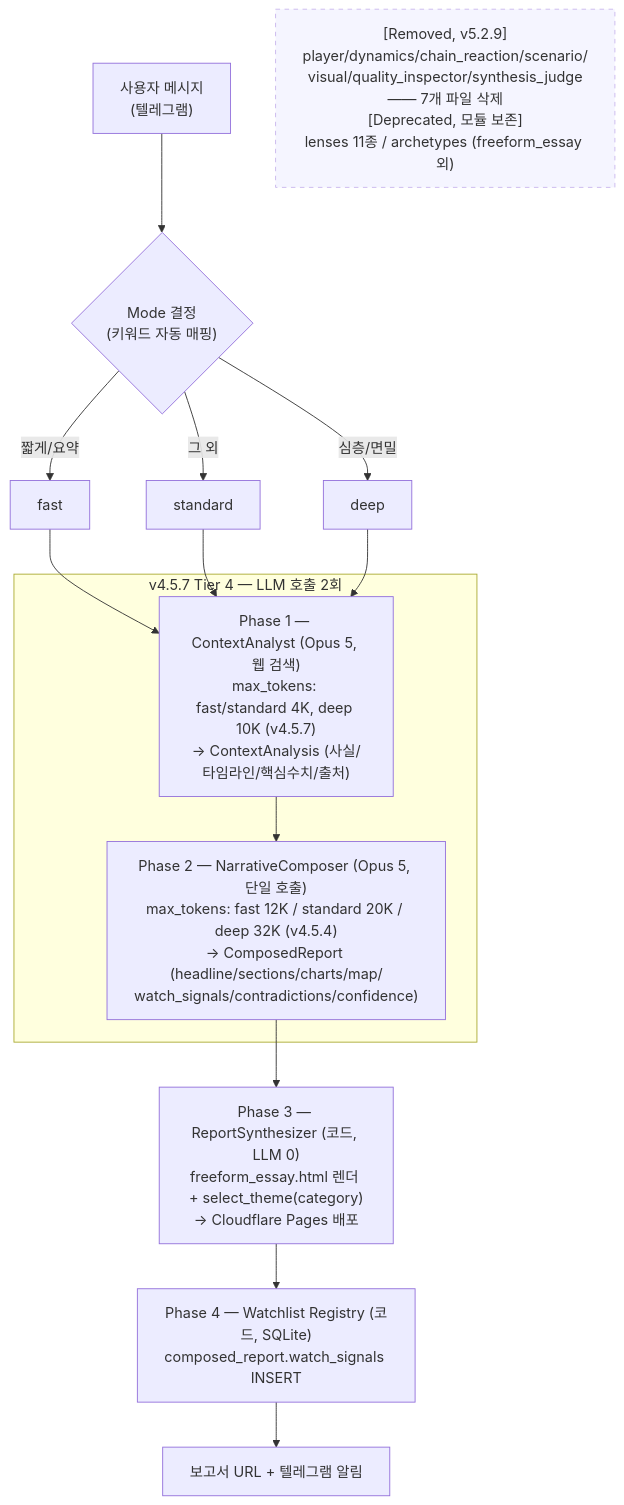
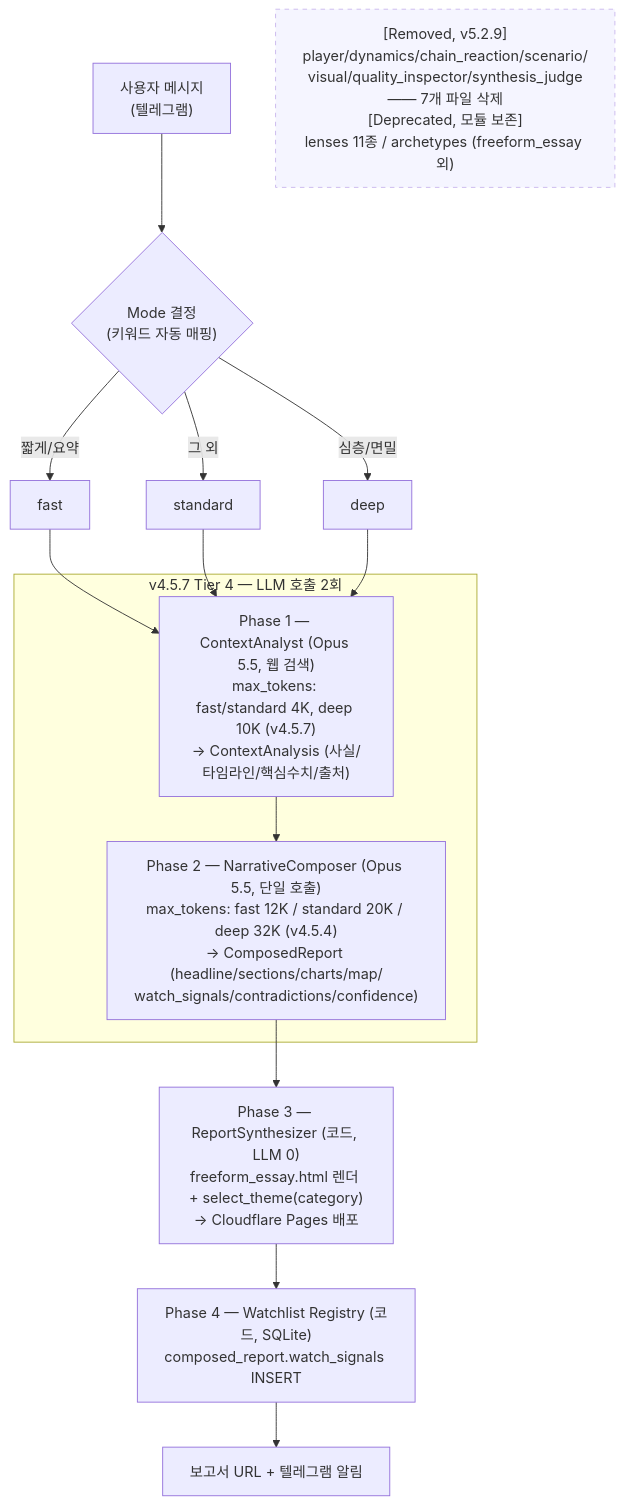
Before and after one commit to doroper98/agents_reviewer: the first of 7 diagrams in docs/ARCHITECTURE.md, drawn with Mermaid. The commit also changed other lines of this file and 15 other files, not shown here.

````diff
--- a/docs/ARCHITECTURE.md
+++ b/docs/ARCHITECTURE.md
@@ -34,24 +34,24 @@
 ```mermaid
 flowchart TD
     U["사용자 메시지<br/>(텔레그램)"] --> M{"Mode 결정<br/>(키워드 자동 매핑)"}
     M -->|"짧게/요약"| FAST["fast"]
     M -->|"심층/면밀"| DEEP["deep"]
     M -->|"그 외"| STD["standard"]
 
     FAST --> P1
     STD --> P1
     DEEP --> P1
 
     subgraph PIPELINE ["v4.5.7 Tier 4 — LLM 호출 2회"]
-        P1["Phase 1 — ContextAnalyst (Opus 5, 웹 검색)<br/>max_tokens: fast/standard 4K, deep 10K (v4.5.7)<br/>→ ContextAnalysis (사실/타임라인/핵심수치/출처)"]
-        P1 --> P2["Phase 2 — NarrativeComposer (Opus 5, 단일 호출)<br/>max_tokens: fast 12K / standard 20K / deep 32K (v4.5.4)<br/>→ ComposedReport (headline/sections/charts/map/<br/>watch_signals/contradictions/confidence)"]
+        P1["Phase 1 — ContextAnalyst (Opus 5.5, 웹 검색)<br/>max_tokens: fast/standard 4K, deep 10K (v4.5.7)<br/>→ ContextAnalysis (사실/타임라인/핵심수치/출처)"]
+        P1 --> P2["Phase 2 — NarrativeComposer (Opus 5.5, 단일 호출)<br/>max_tokens: fast 12K / standard 20K / deep 32K (v4.5.4)<br/>→ ComposedReport (headline/sections/charts/map/<br/>watch_signals/contradictions/confidence)"]
     end
 
     P2 --> P3["Phase 3 — ReportSynthesizer (코드, LLM 0)<br/>freeform_essay.html 렌더 + select_theme(category)<br/>→ Cloudflare Pages 배포"]
     P3 --> P4["Phase 4 — Watchlist Registry (코드, SQLite)<br/>composed_report.watch_signals INSERT"]
     P4 --> OUT["보고서 URL + 텔레그램 알림"]
 
     %% Deprecated / Removed 모듈
     DEPR["[Removed, v5.2.9]<br/>player/dynamics/chain_reaction/scenario/<br/>visual/quality_inspector/synthesis_judge<br/>—— 7개 파일 삭제<br/>[Deprecated, 모듈 보존]<br/>lenses 11종 / archetypes (freeform_essay 외)"]
     style DEPR stroke-dasharray: 5 5,opacity:0.5
 ```
````
